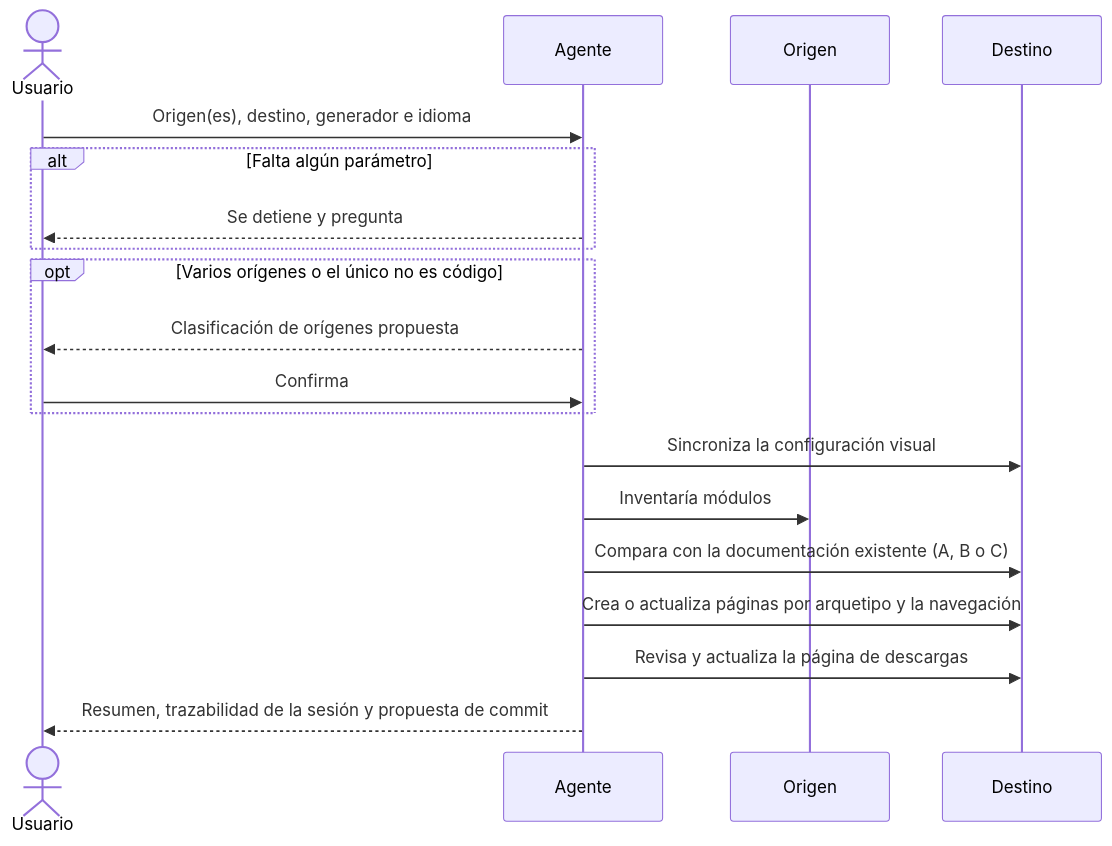
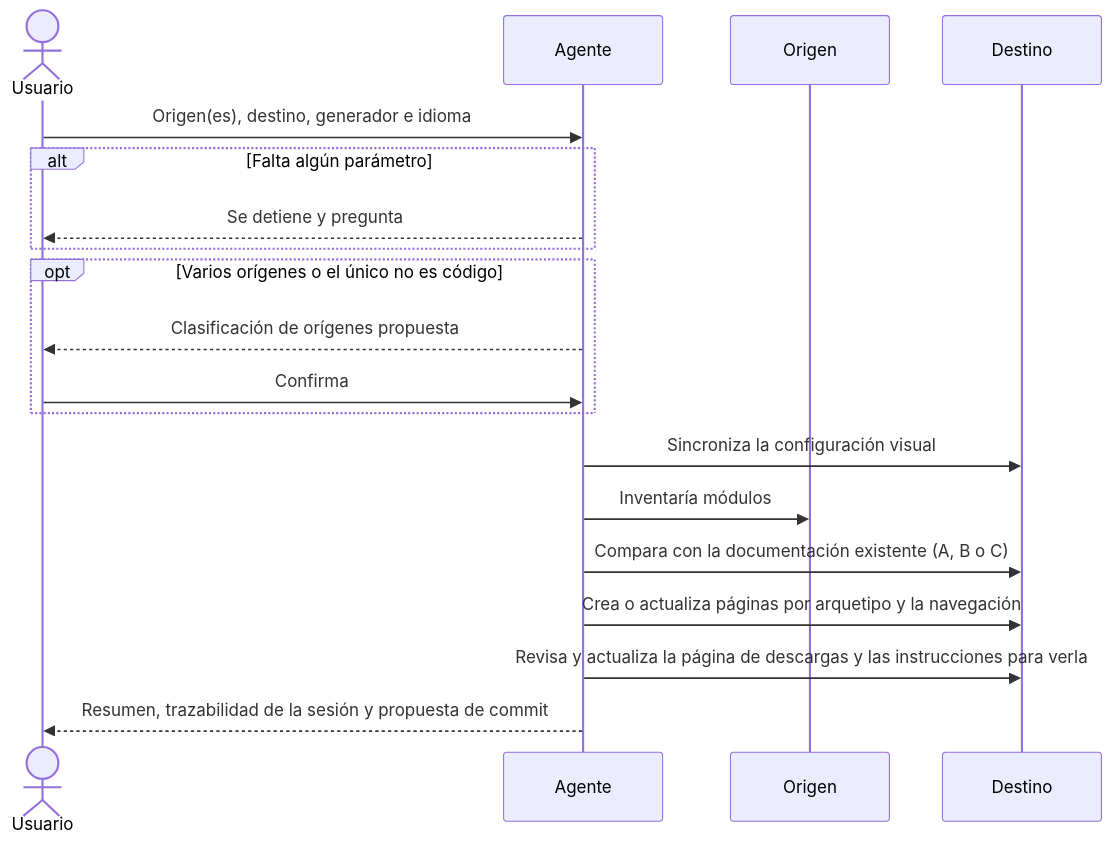
The diagram in docs/functional/document_project.md (fmanza/doc_ia), drawn with Mermaid before and after one commit. The commit also changed other lines of this file and 31 other files, not shown here.

First line of the commit message:
feat(product): instrucciones para ver la documentación desde cero en el destino

````diff
--- a/docs/functional/document_project.md
+++ b/docs/functional/document_project.md
@@ -45,23 +45,23 @@
 ```mermaid
 sequenceDiagram
     accTitle: Documentar un proyecto desde el chat
     accDescr: El usuario invoca el flujo con cuatro parámetros; el agente valida, pide confirmar la clasificación si hay varios orígenes o ninguno es código, inventaría el origen frente a la documentación existente, genera las páginas en el destino y devuelve un resumen con la trazabilidad y una propuesta de commit.
     actor U as Usuario
     participant A as Agente
     participant O as Origen
     participant D as Destino
     U->>A: Origen(es), destino, generador e idioma
     alt Falta algún parámetro
         A-->>U: Se detiene y pregunta
     end
     opt Varios orígenes o el único no es código
         A-->>U: Clasificación de orígenes propuesta
         U->>A: Confirma
     end
     A->>D: Sincroniza la configuración visual
     A->>O: Inventaría módulos
     A->>D: Compara con la documentación existente (A, B o C)
     A->>D: Crea o actualiza páginas por arquetipo y la navegación
-    A->>D: Revisa y actualiza la página de descargas
+    A->>D: Revisa y actualiza la página de descargas y las instrucciones para verla
     A-->>U: Resumen, trazabilidad de la sesión y propuesta de commit
 ```
````
